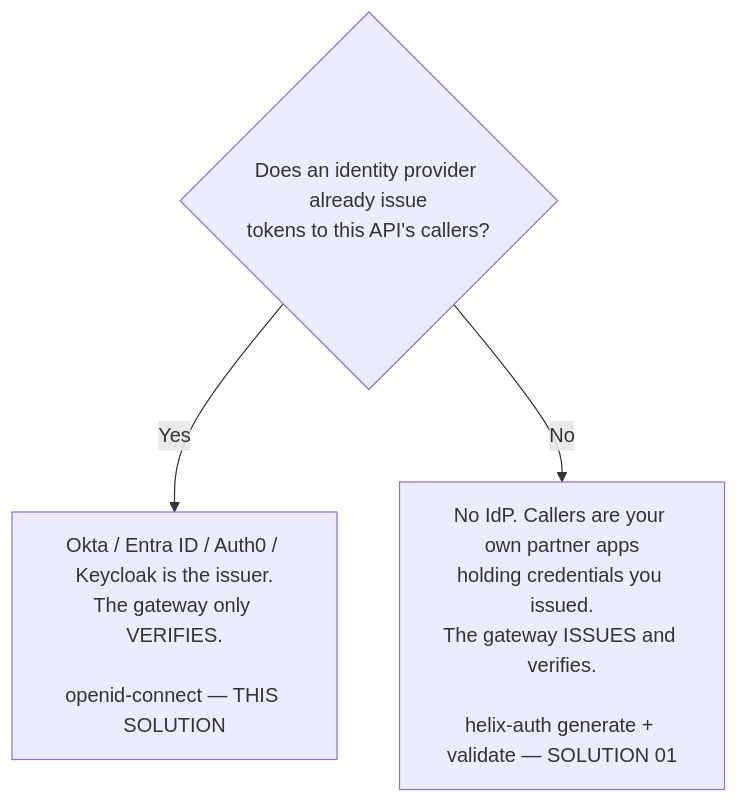
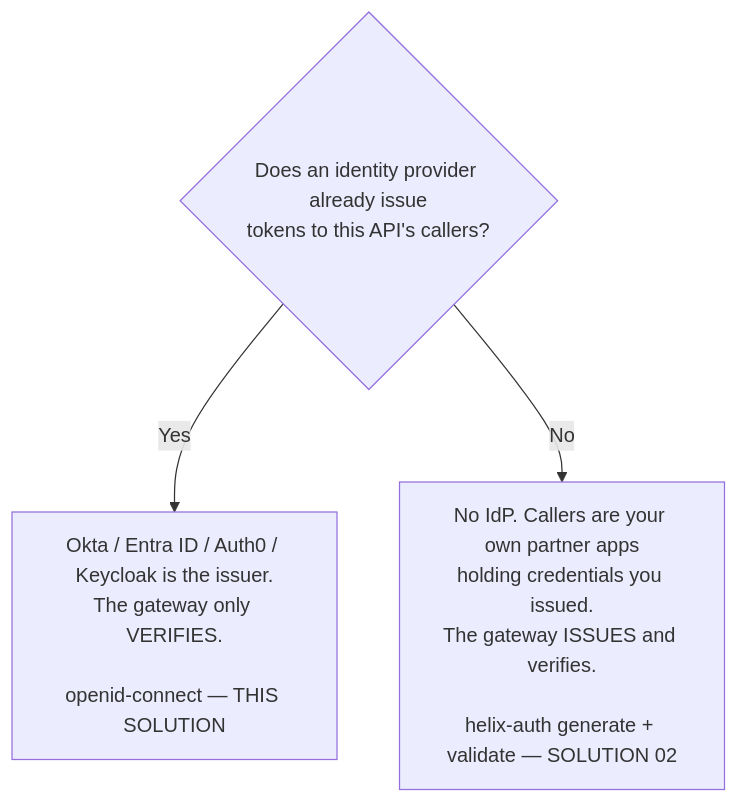
Before and after one commit to digitalapicraft/api-gateway-solutions: the first of 2 diagrams in solutions/05-okta-jwt/README.md, drawn with Mermaid. The commit also changed other lines of this file and 132 other files, not shown here.

````diff
--- a/solutions/05-okta-jwt/README.md
+++ b/solutions/05-okta-jwt/README.md
@@ -58,6 +58,6 @@
 ```mermaid
 flowchart TD
     Q{"Does an identity provider already issue<br/>tokens to this API's callers?"}
     Q -->|Yes| V["Okta / Entra ID / Auth0 / Keycloak is the issuer.<br/>The gateway only VERIFIES.<br/><br/>openid-connect — THIS SOLUTION"]
-    Q -->|No| I["No IdP. Callers are your own partner apps<br/>holding credentials you issued.<br/>The gateway ISSUES and verifies.<br/><br/>helix-auth generate + validate — SOLUTION 01"]
+    Q -->|No| I["No IdP. Callers are your own partner apps<br/>holding credentials you issued.<br/>The gateway ISSUES and verifies.<br/><br/>helix-auth generate + validate — SOLUTION 02"]
 ```
````
